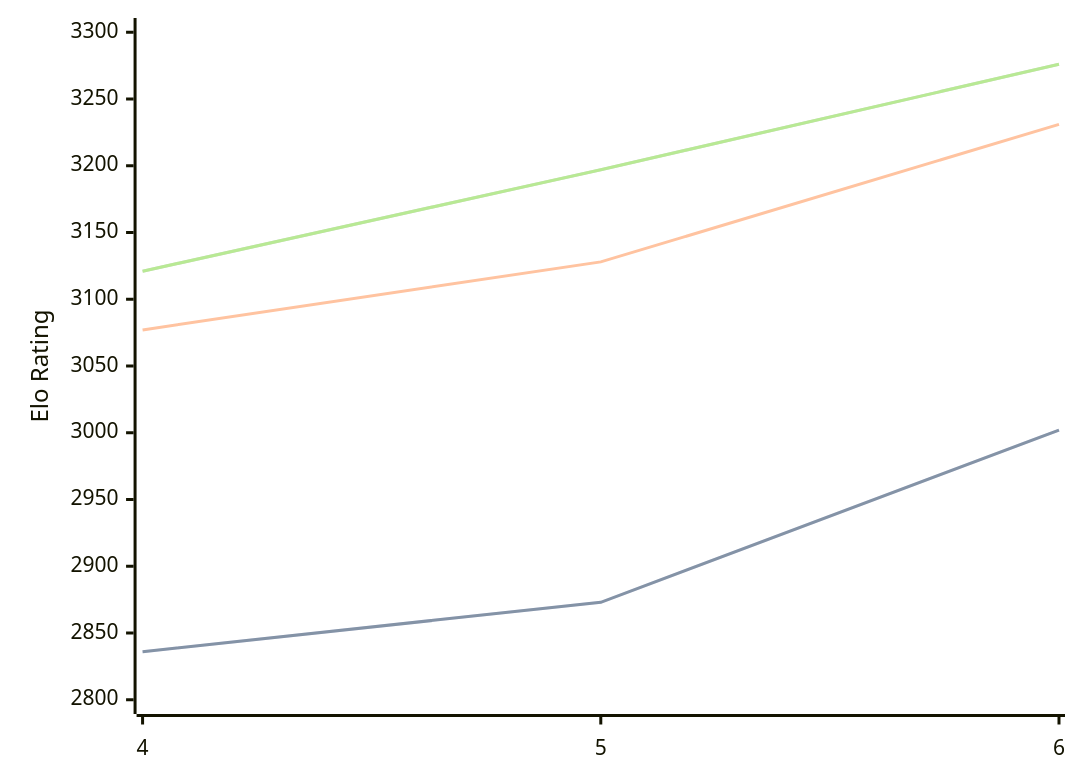
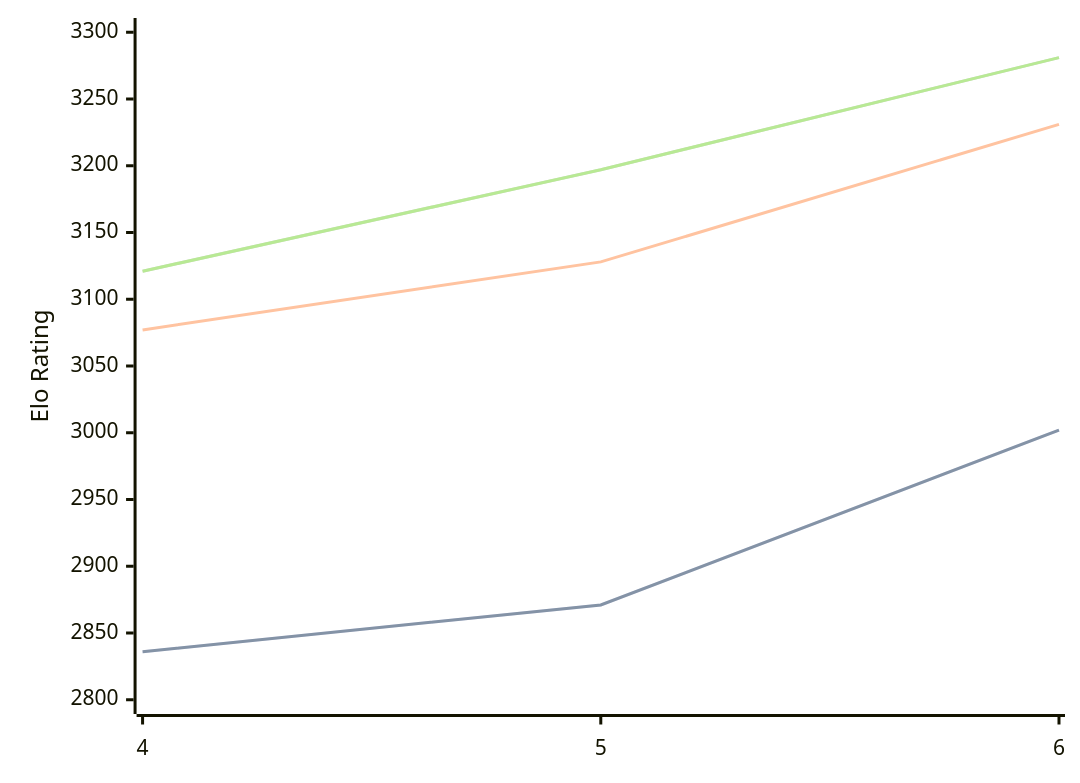
The diagram in engines/Cwtch.md (computer-chess-index/cci), drawn with Mermaid before and after one commit. The commit also changed other lines of this file, not shown here.

Commit message:
Update CCI Ratings (ELO VLTC) - 2026-08-06

````diff
--- a/engines/Cwtch.md
+++ b/engines/Cwtch.md
@@ -36,11 +36,11 @@
 ```mermaid
 %%{init: {"theme":"base","themeVariables":{"seriesColors:['#a3a3a3','#222221','#faa371']}}}%%
 xychart-beta
   x-axis ["4", "5", "6"]
   y-axis "Elo Rating" 2800 --> 3300
-  line "STC (8.0+0.08s)" [2836, 2873, 3002]
-  line "STC (8.0+0.08s)" [2836, 2873, 3002]
+  line "STC (8.0+0.08s)" [2836, 2871, 3002]
+  line "STC (8.0+0.08s)" [2836, 2871, 3002]
   line "LTC (60.0+0.60s)" [3077, 3128, 3231]
-  line "VLTC (2m24s+1.12s)" [3121, 3197, 3276]
-  line "VLTC (2m24s+1.12s)" [3121, 3197, 3276]
+  line "VLTC (2m24s+1.12s)" [3121, 3197, 3281]
+  line "VLTC (2m24s+1.12s)" [3121, 3197, 3281]
 ```
````
